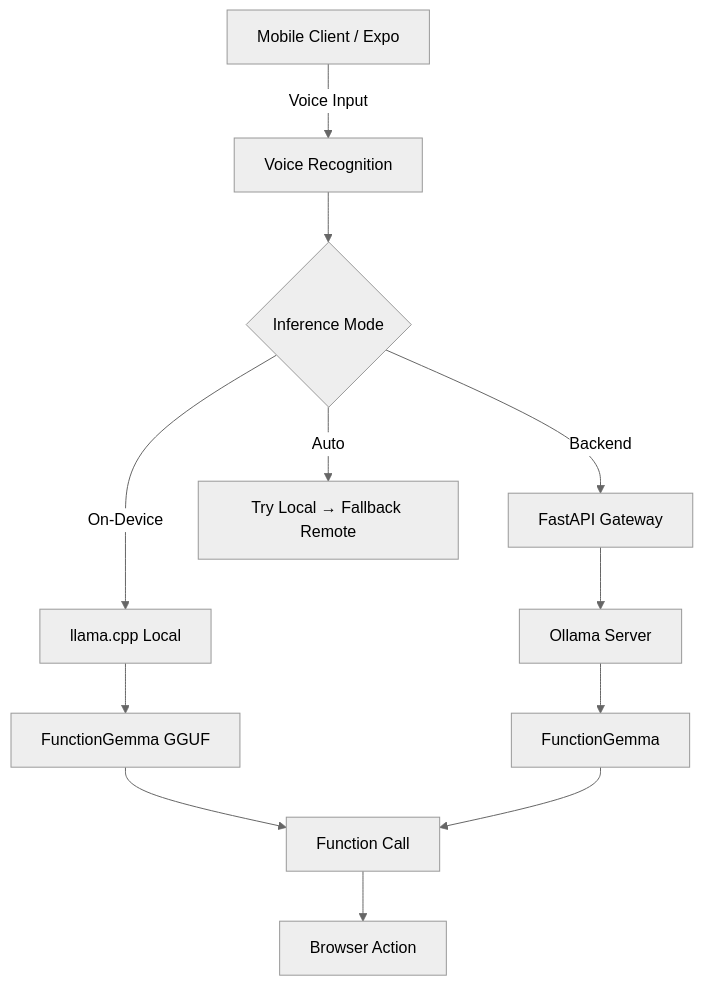
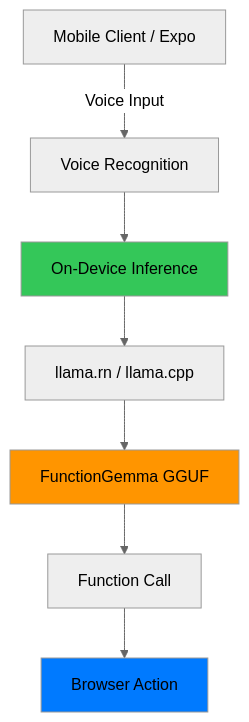
The diagram in README.md (Vatsa10/MobileApp), drawn with Mermaid (neutral theme) before and after one commit. The commit also changed other lines of this file and 7 other files, not shown here.

````diff
--- a/README.md
+++ b/README.md
@@ -24,14 +25,13 @@
 ```mermaid
 graph TD
     A[Mobile Client / Expo] -->|Voice Input| B[Voice Recognition]
-    B --> C{Inference Mode}
-    C -->|On-Device| D[llama.cpp Local]
-    C -->|Backend| E[FastAPI Gateway]
-    C -->|Auto| F[Try Local → Fallback Remote]
-    D --> G[FunctionGemma GGUF]
-    E --> H[Ollama Server]
-    H --> I[FunctionGemma]
-    G --> J[Function Call]
-    I --> J
-    J --> K[Browser Action]
+    B --> C[On-Device Inference]
+    C --> D[llama.rn / llama.cpp]
+    D --> E[FunctionGemma GGUF]
+    E --> F[Function Call]
+    F --> G[Browser Action]
+    
+    style C fill:#34C759
+    style E fill:#FF9500
+    style G fill:#007AFF
 ```
````
